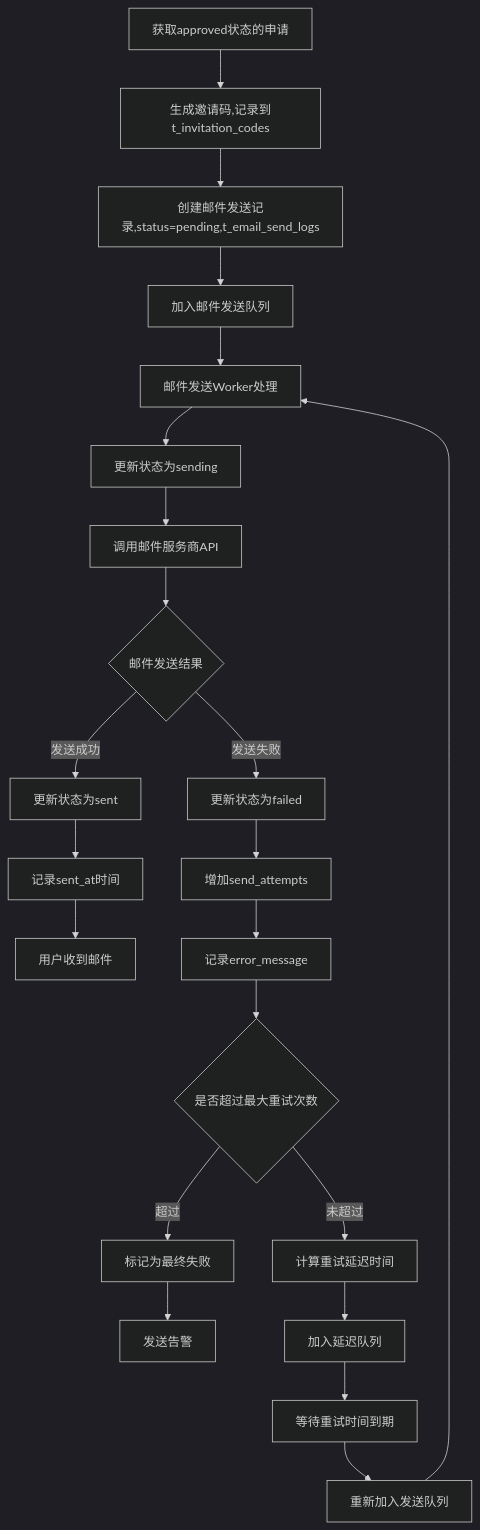
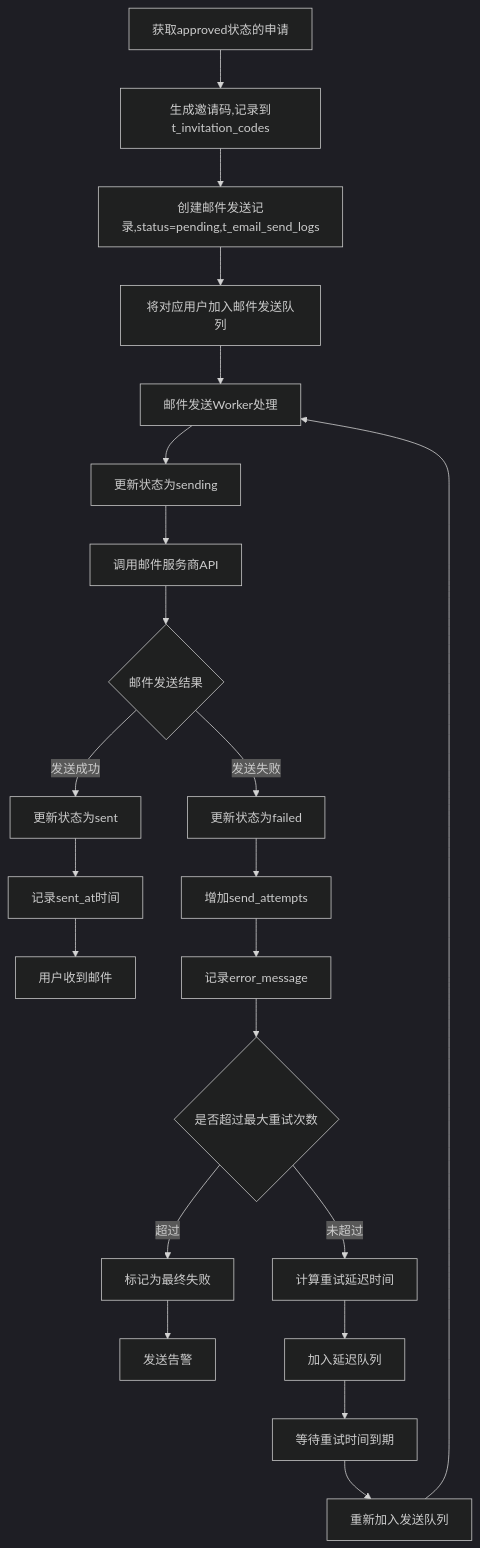
The diagram in all/未命名-77.md (yingjianzh/iodraw-files), drawn with Mermaid (dark theme) before and after one commit.

Commit message:
2025-07-08 10:05:37 update

````diff
--- a/all/未命名-77.md
+++ b/all/未命名-77.md
@@ -1,29 +1,29 @@
 ```mermaid
 
 flowchart TD
     A[获取approved状态的申请] --> B[生成邀请码,记录到t_invitation_codes]
     B --> C[创建邮件发送记录,status=pending,t_email_send_logs]
-    C --> D[加入邮件发送队列]
+    C --> D[将对应用户加入邮件发送队列]
     
     D --> E[邮件发送Worker处理]
     E --> F[更新状态为sending]
     F --> G[调用邮件服务商API]
     G --> H{邮件发送结果}
     
     H -->|发送成功| I[更新状态为sent]
     I --> J[记录sent_at时间]
     J --> K[用户收到邮件]
     
     H -->|发送失败| L[更新状态为failed]
     L --> M[增加send_attempts]
     M --> N[记录error_message]
     N --> O{是否超过最大重试次数}
     O -->|超过| P[标记为最终失败]
     P --> Q[发送告警]
     O -->|未超过| R[计算重试延迟时间]
     R --> S[加入延迟队列]
     S --> T[等待重试时间到期]
     T --> U[重新加入发送队列]
     U --> E
 
 ```
````
